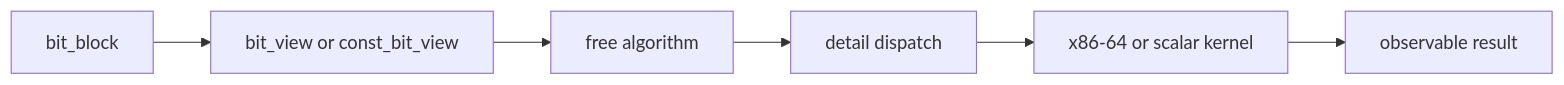
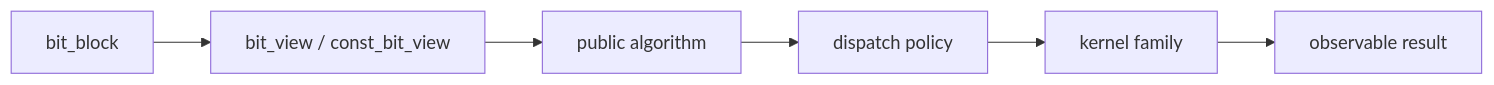
Before and after one commit to LessUp/bitcal: the diagram in docs/en/whitepaper/algorithm-design.md, drawn with Mermaid. The commit also changed other lines of this file and 35 other files, not shown here.

````diff
--- a/docs/en/whitepaper/algorithm-design.md
+++ b/docs/en/whitepaper/algorithm-design.md
@@ -7,8 +9,8 @@
 ```mermaid
 flowchart LR
-  A[bit_block] --> B[bit_view or const_bit_view]
-  B --> C[free algorithm]
-  C --> D[detail dispatch]
-  D --> E[x86-64 or scalar kernel]
+  A[bit_block] --> B[bit_view / const_bit_view]
+  B --> C[public algorithm]
+  C --> D[dispatch policy]
+  D --> E[kernel family]
   E --> F[observable result]
 ```
````
